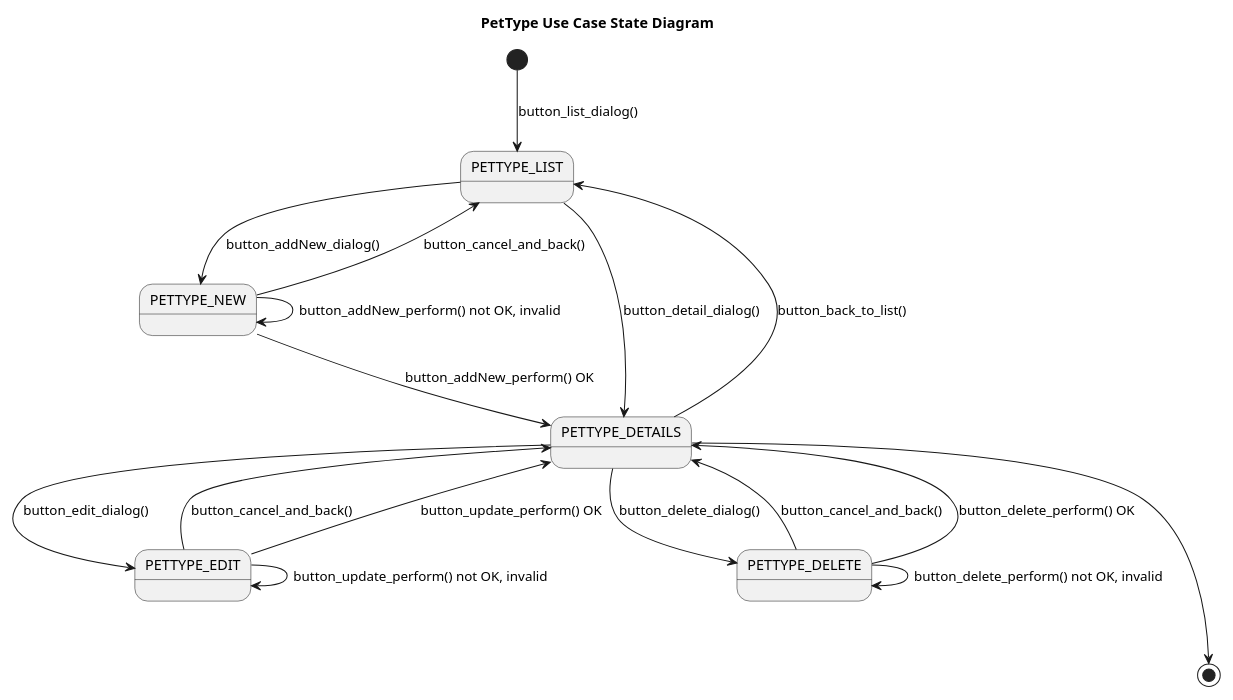
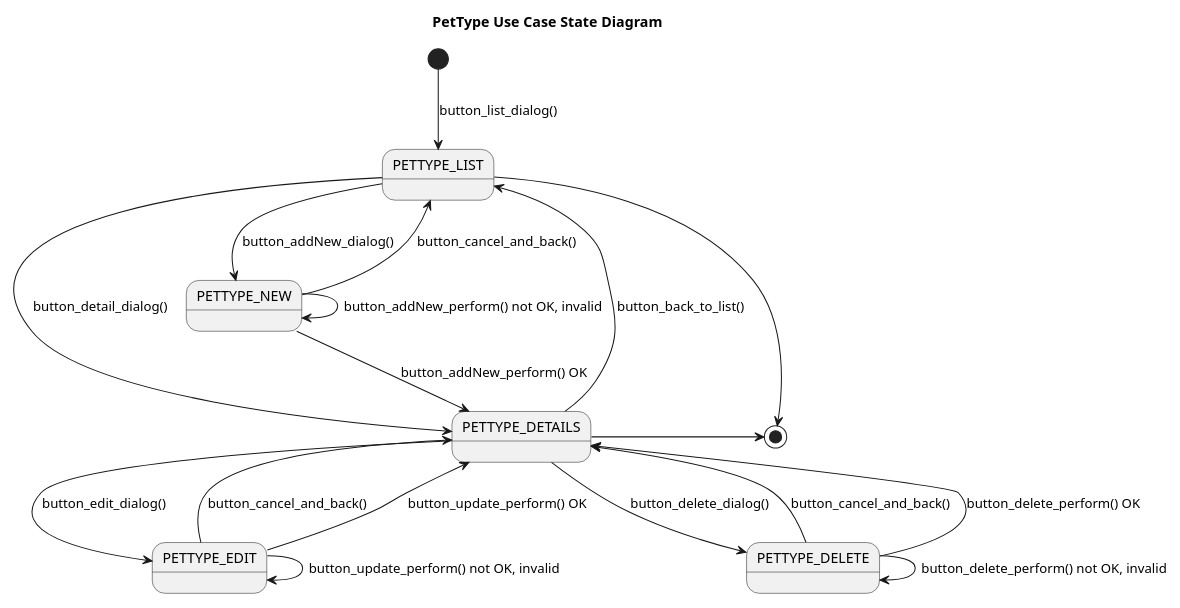
One commit to Jakarta-EE-Petclinic/petclinic-uml changed the diagram in puml/owner/concept/PetType__UseCase_State.puml. Above: the diagram before and after it, drawn with PlantUML. The commit also changed 4 other files, not shown here.

```diff
--- a/puml/owner/concept/PetType__UseCase_State.puml
+++ b/puml/owner/concept/PetType__UseCase_State.puml
@@ -1,40 +1,41 @@
 @startuml
 
 title PetType Use Case State Diagram
 
 'https://plantuml.com/state-diagram
 
 ' left to right direction
 top to bottom direction
 
 scale 1000 width
 
 [*] --> PETTYPE_LIST: button_list_dialog()
 
 PETTYPE_LIST --> PETTYPE_NEW : button_addNew_dialog()
 PETTYPE_NEW --> PETTYPE_LIST: button_cancel_and_back()
 state PETTYPE_NEW {
     PETTYPE_NEW --> PETTYPE_NEW : button_addNew_perform() not OK, invalid
 }
 PETTYPE_NEW --> PETTYPE_DETAILS: button_addNew_perform() OK
 
 PETTYPE_LIST --> PETTYPE_DETAILS: button_detail_dialog()
 PETTYPE_DETAILS --> PETTYPE_LIST : button_back_to_list()
 
 PETTYPE_DETAILS --> PETTYPE_EDIT: button_edit_dialog()
 PETTYPE_EDIT --> PETTYPE_DETAILS: button_cancel_and_back()
 state PETTYPE_EDIT {
     PETTYPE_EDIT --> PETTYPE_EDIT: button_update_perform() not OK, invalid
 }
 PETTYPE_EDIT --> PETTYPE_DETAILS: button_update_perform() OK
 
 PETTYPE_DETAILS --> PETTYPE_DELETE: button_delete_dialog()
 PETTYPE_DELETE --> PETTYPE_DETAILS: button_cancel_and_back()
 state PETTYPE_DELETE {
     PETTYPE_DELETE --> PETTYPE_DELETE: button_delete_perform() not OK, invalid
 }
 PETTYPE_DELETE --> PETTYPE_DETAILS: button_delete_perform() OK
 
-PETTYPE_DETAILS ---> [*]
+PETTYPE_LIST -> [*]
+PETTYPE_DETAILS -> [*]
 
 @enduml
```
